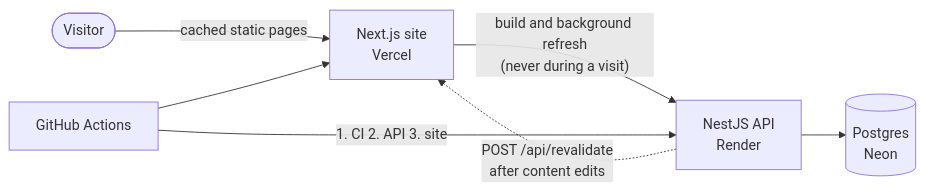
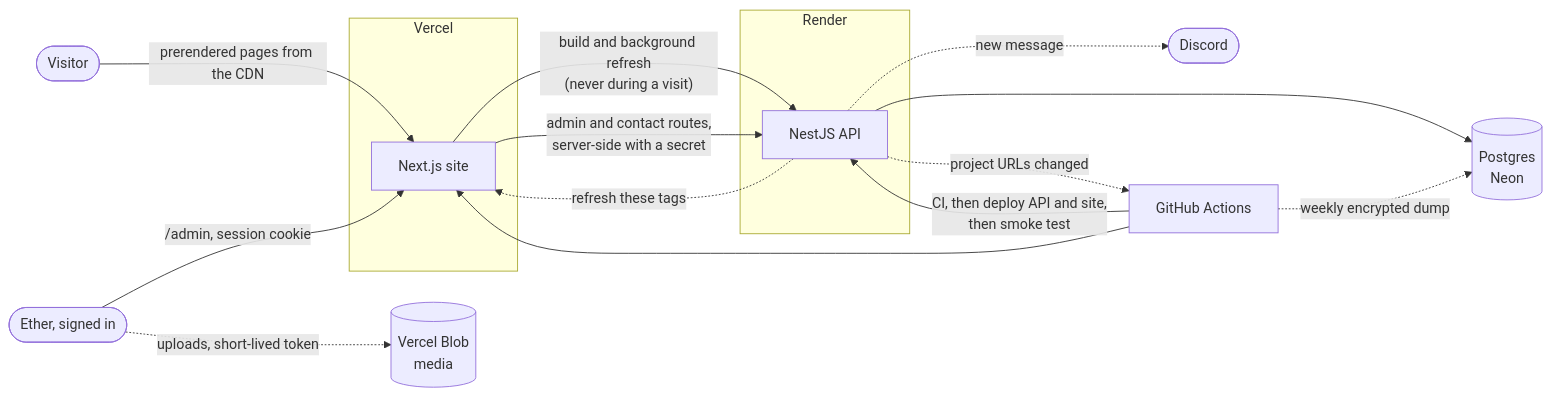
Before and after one commit to qvyra/quivery-portfolio: the diagram in README.md, drawn with Mermaid. The commit also changed other lines of this file and 4 other files, not shown here.

First line of the commit message:
docs: readme with screenshots, architecture and quality numbers

````diff
--- a/README.md
+++ b/README.md
@@ -22,9 +37,24 @@
 ```mermaid
 flowchart LR
-  visitor([Visitor]) -->|cached static pages| web["Next.js site<br/>Vercel"]
-  web -->|"build and background refresh<br/>(never during a visit)"| api["NestJS API<br/>Render"]
+  subgraph Vercel
+    web["Next.js site"]
+  end
+  subgraph Render
+    api["NestJS API"]
+  end
+
+  visitor(["Visitor"]) -->|prerendered pages from the CDN| web
+  admin(["Ether, signed in"]) -->|"/admin, session cookie"| web
+  admin -. "uploads, short-lived token" .-> blob[("Vercel Blob<br/>media")]
+
+  web -->|"build and background refresh<br/>(never during a visit)"| api
+  web -->|"admin and contact routes,<br/>server-side with a secret"| api
   api --> db[("Postgres<br/>Neon")]
-  api -. "POST /api/revalidate<br/>after content edits" .-> web
-  ci["GitHub Actions"] -->|"1. CI  2. API  3. site"| api
-  ci --> web
+  api -. "refresh these tags" .-> web
+  api -. "new message" .-> discord([Discord])
+  api -. "project URLs changed" .-> gha
+
+  gha["GitHub Actions"] -->|"CI, then deploy API and site,<br/>then smoke test"| api
+  gha --> web
+  gha -. "weekly encrypted dump" .-> db
 ```
````
